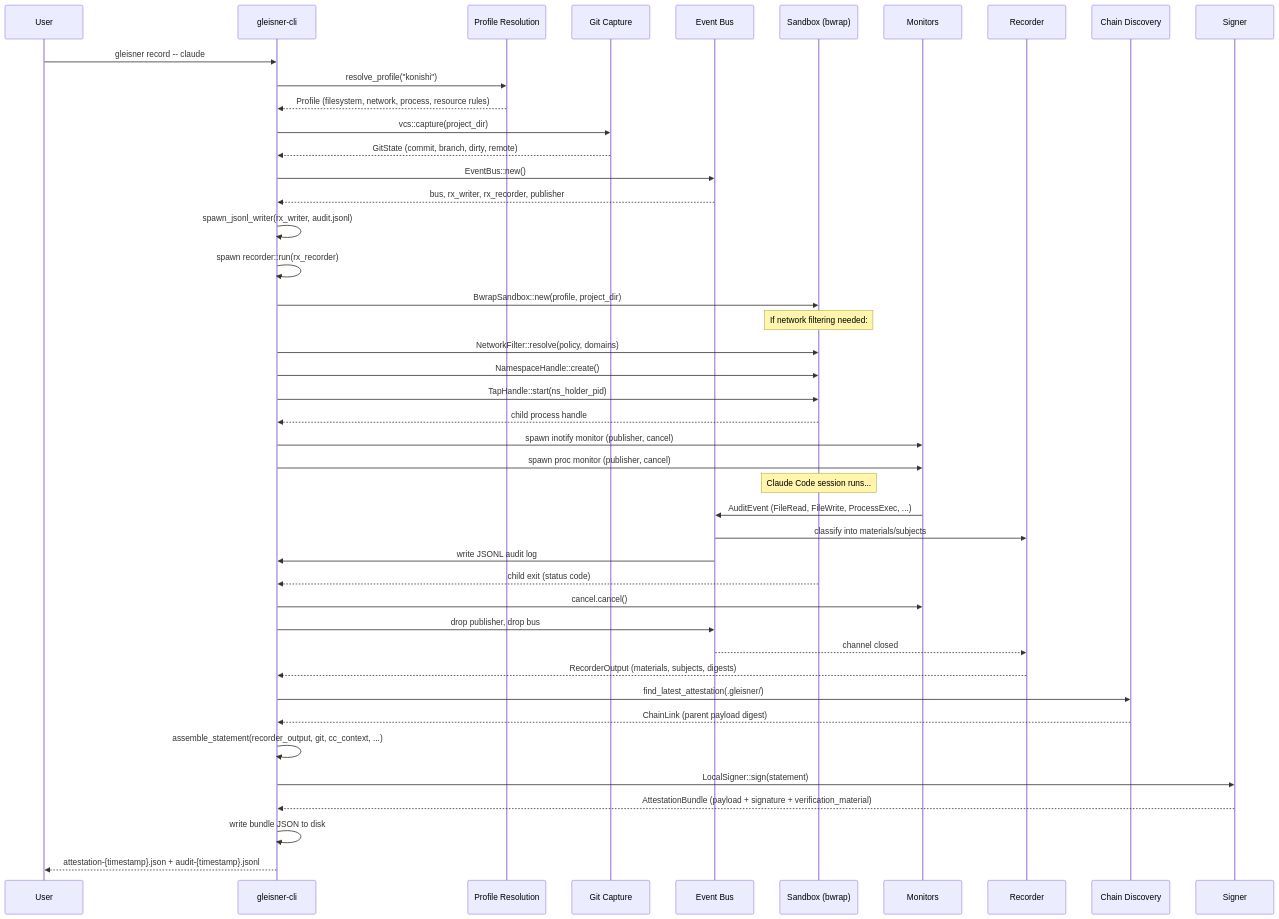
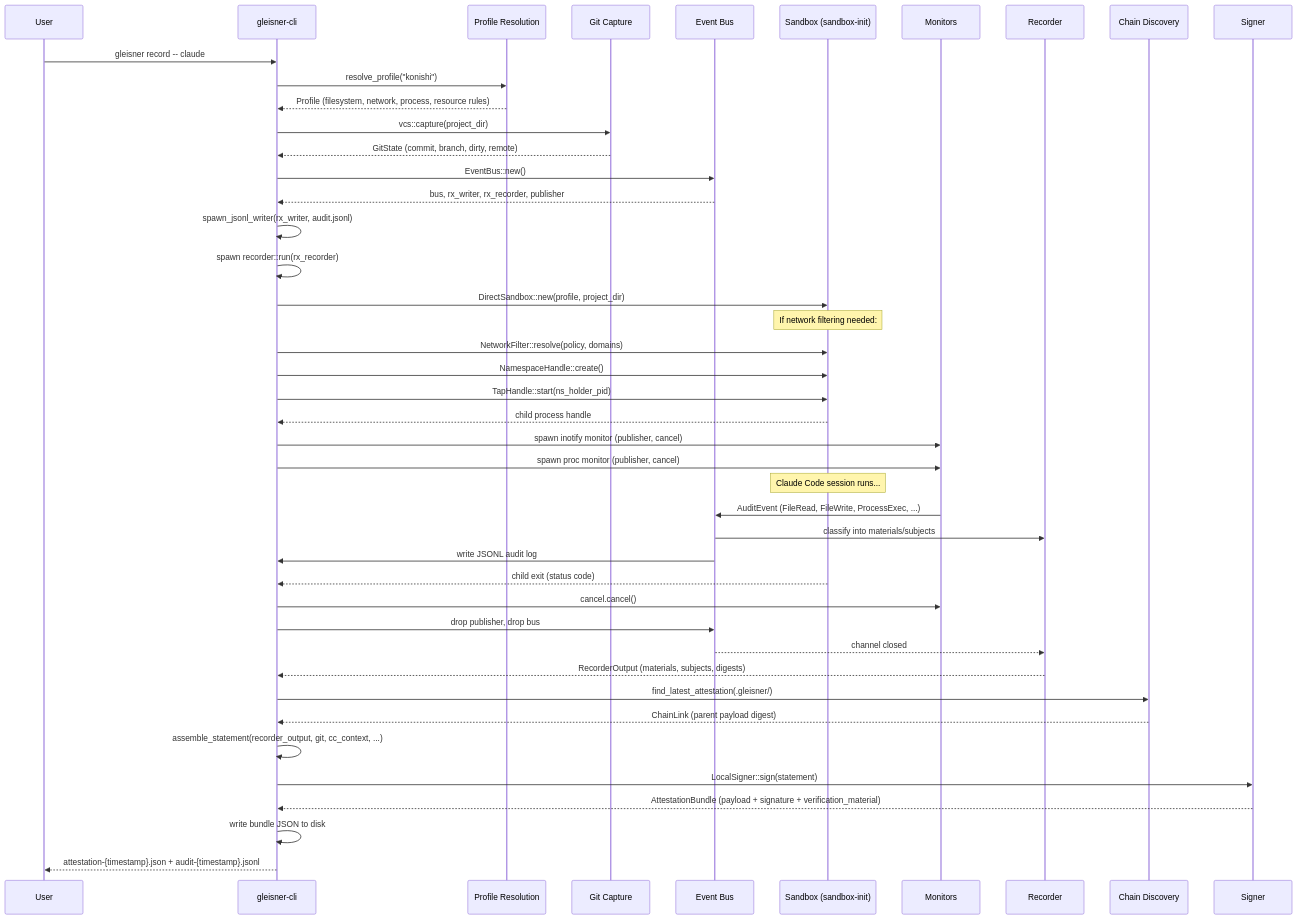
The second of 6 diagrams in docs/ARCHITECTURE.md (lexicone42/gleisner), drawn with Mermaid before and after one commit. The commit also changed other lines of this file and 31 other files, not shown here.

````diff
--- a/docs/ARCHITECTURE.md
+++ b/docs/ARCHITECTURE.md
@@ -118,57 +118,57 @@
 ```mermaid
 sequenceDiagram
     participant User
     participant CLI as gleisner-cli
     participant Profile as Profile Resolution
     participant Git as Git Capture
     participant Bus as Event Bus
-    participant Sandbox as Sandbox (bwrap)
+    participant Sandbox as Sandbox (sandbox-init)
     participant Monitor as Monitors
     participant Recorder as Recorder
     participant Chain as Chain Discovery
     participant Signer as Signer
 
     User->>CLI: gleisner record -- claude
     CLI->>Profile: resolve_profile("konishi")
     Profile-->>CLI: Profile (filesystem, network, process, resource rules)
 
     CLI->>Git: vcs::capture(project_dir)
     Git-->>CLI: GitState (commit, branch, dirty, remote)
 
     CLI->>Bus: EventBus::new()
     Bus-->>CLI: bus, rx_writer, rx_recorder, publisher
 
     CLI->>CLI: spawn_jsonl_writer(rx_writer, audit.jsonl)
     CLI->>CLI: spawn recorder::run(rx_recorder)
 
-    CLI->>Sandbox: BwrapSandbox::new(profile, project_dir)
+    CLI->>Sandbox: DirectSandbox::new(profile, project_dir)
     Note over Sandbox: If network filtering needed:
     CLI->>Sandbox: NetworkFilter::resolve(policy, domains)
     CLI->>Sandbox: NamespaceHandle::create()
     CLI->>Sandbox: TapHandle::start(ns_holder_pid)
     Sandbox-->>CLI: child process handle
 
     CLI->>Monitor: spawn inotify monitor (publisher, cancel)
     CLI->>Monitor: spawn proc monitor (publisher, cancel)
 
     Note over Sandbox: Claude Code session runs...
     Monitor->>Bus: AuditEvent (FileRead, FileWrite, ProcessExec, ...)
     Bus->>Recorder: classify into materials/subjects
     Bus->>CLI: write JSONL audit log
 
     Sandbox-->>CLI: child exit (status code)
 
     CLI->>Monitor: cancel.cancel()
     CLI->>Bus: drop publisher, drop bus
     Bus-->>Recorder: channel closed
     Recorder-->>CLI: RecorderOutput (materials, subjects, digests)
 
     CLI->>Chain: find_latest_attestation(.gleisner/)
     Chain-->>CLI: ChainLink (parent payload digest)
 
     CLI->>CLI: assemble_statement(recorder_output, git, cc_context, ...)
     CLI->>Signer: LocalSigner::sign(statement)
     Signer-->>CLI: AttestationBundle (payload + signature + verification_material)
     CLI->>CLI: write bundle JSON to disk
     CLI-->>User: attestation-{timestamp}.json + audit-{timestamp}.jsonl
 ```
````
